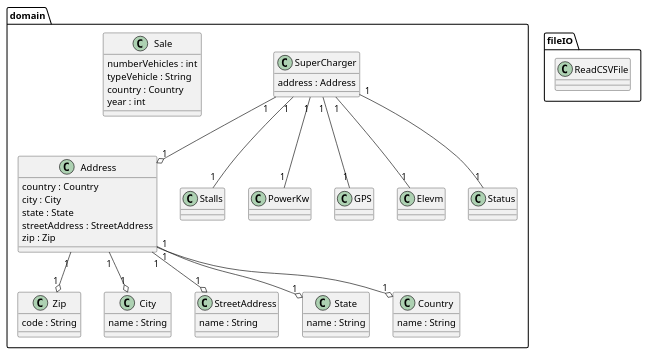
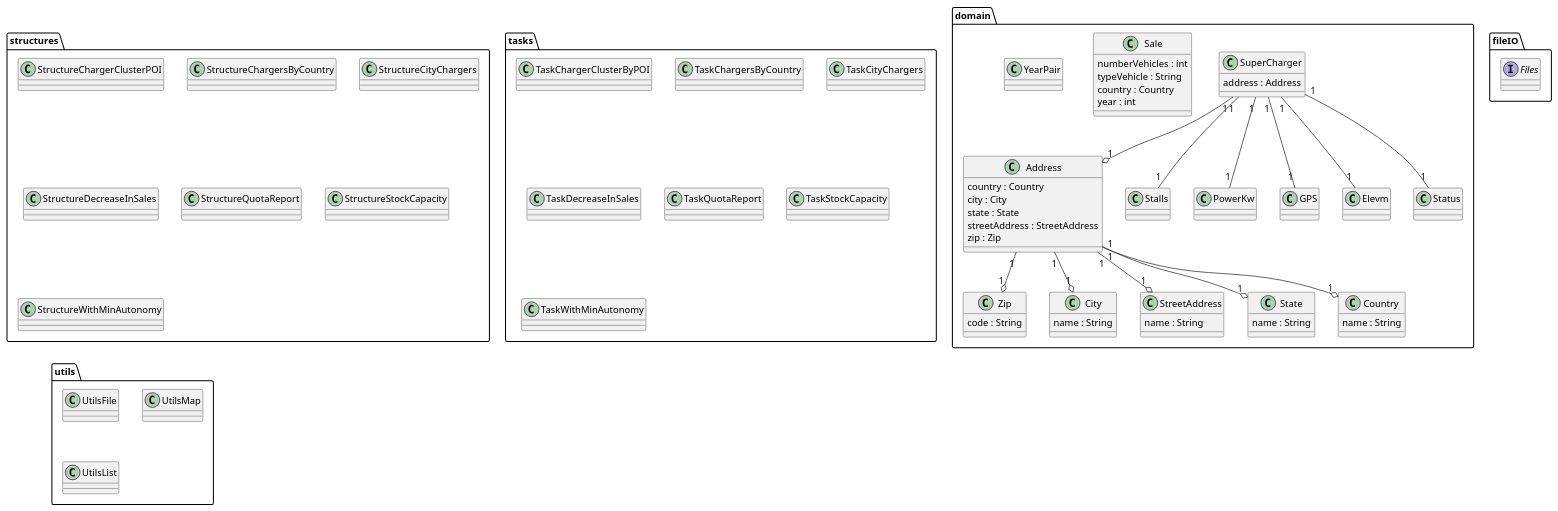
Before and after one commit to 1211656/ESINF: the diagram in design/diagrama-classes.puml, drawn with PlantUML. The commit also changed 3 other files, not shown here.

```diff
--- a/design/diagrama-classes.puml
+++ b/design/diagrama-classes.puml
@@ -4,82 +4,113 @@
 @startuml
 
 
 
     package domain{
         class Address{
             country : Country
             city : City
             state : State
             streetAddress : StreetAddress
             zip : Zip
         }
 
         class Zip{
             code : String
         }
 
         class City{
             name : String
         }
 
         class StreetAddress{
             name : String
         }
 
         class State{
             name : String
         }
 
         class Country {
             name : String
 
 
         }
 
         class SuperCharger{
             address : Address
         }
 
         class Sale{
             numberVehicles : int
             typeVehicle : String
             country : Country
             year : int
         }
 
 
         class Stalls{
         }
 
         class PowerKw{
         }
 
         class GPS{
         }
 
         class Elevm{
         }
 
         class Status{
         }
+        class YearPair{
+        }
+    }
+    package structures{
+        class StructureChargerClusterPOI{}
+        class StructureChargersByCountry{}
+        class StructureCityChargers{}
+        class StructureDecreaseInSales{}
+        class StructureQuotaReport{}
+        class StructureStockCapacity{}
+        class StructureWithMinAutonomy{}
+
     }
 
+    package tasks{
+        class TaskChargerClusterByPOI{}
+        class TaskChargersByCountry{}
+        class TaskCityChargers{}
+        class TaskDecreaseInSales{}
+        class TaskQuotaReport{}
+        class TaskStockCapacity{}
+        class TaskWithMinAutonomy{}
+    }
+
+
+
     package fileIO{
-        class ReadCSVFile{
+        interface Files{}
+    }
 
-        }
+    package utils{
+        class UtilsFile{}
+        class UtilsMap{}
+        class UtilsList{}
+
     }
+
+
 Address "1" --o "1" Country
 Address "1" --o "1" City
 Address "1" --o "1" StreetAddress
 Address "1" --o "1" Zip
 Address "1" --o "1" State
 
 SuperCharger "1" --o "1" Address
 SuperCharger "1" -- "1" Status
 SuperCharger "1" -- "1" GPS
 SuperCharger "1" -- "1" PowerKw
 SuperCharger "1" -- "1" Stalls
 SuperCharger "1" -- "1" Elevm
 
 @enduml
```
